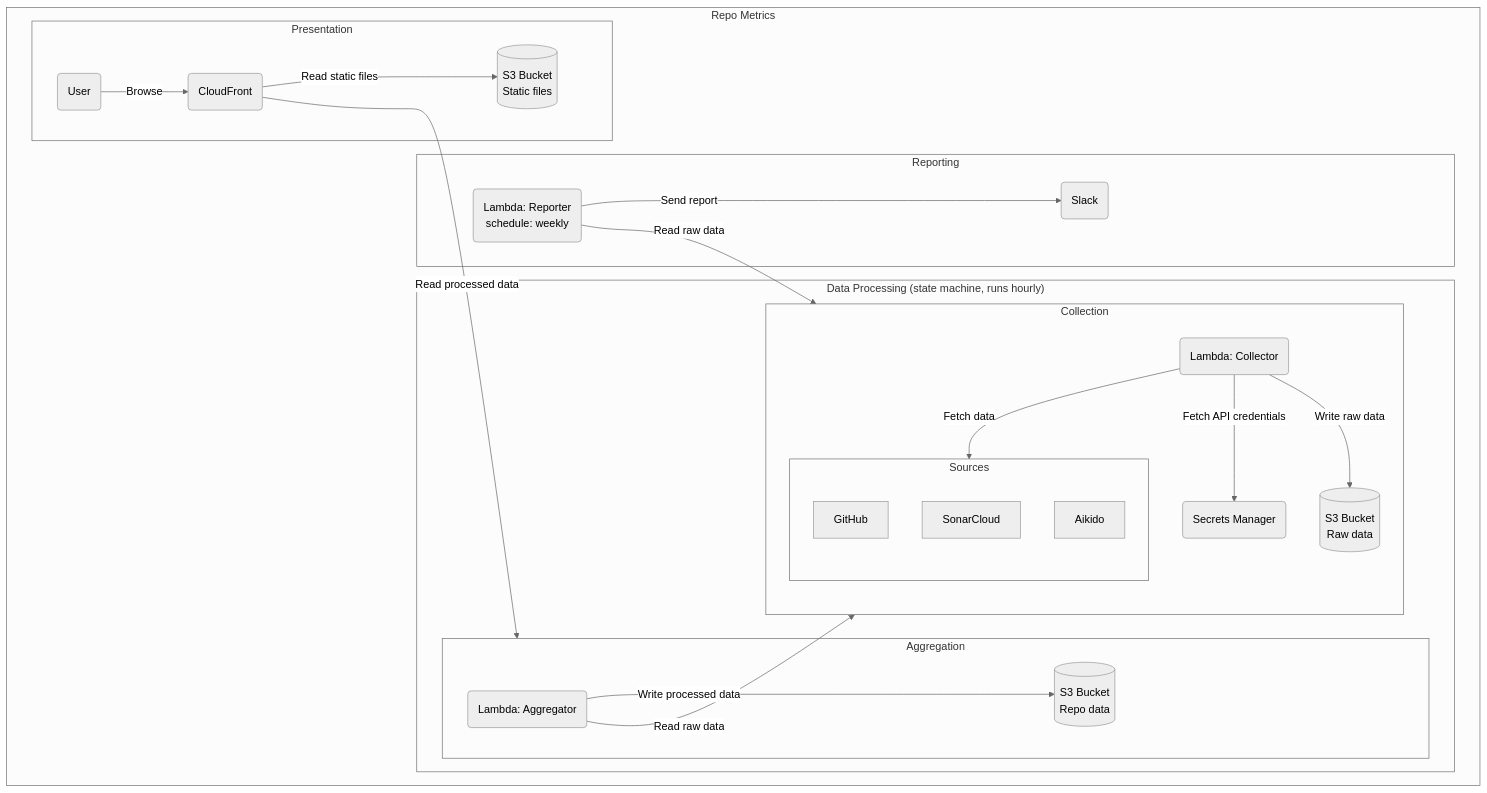
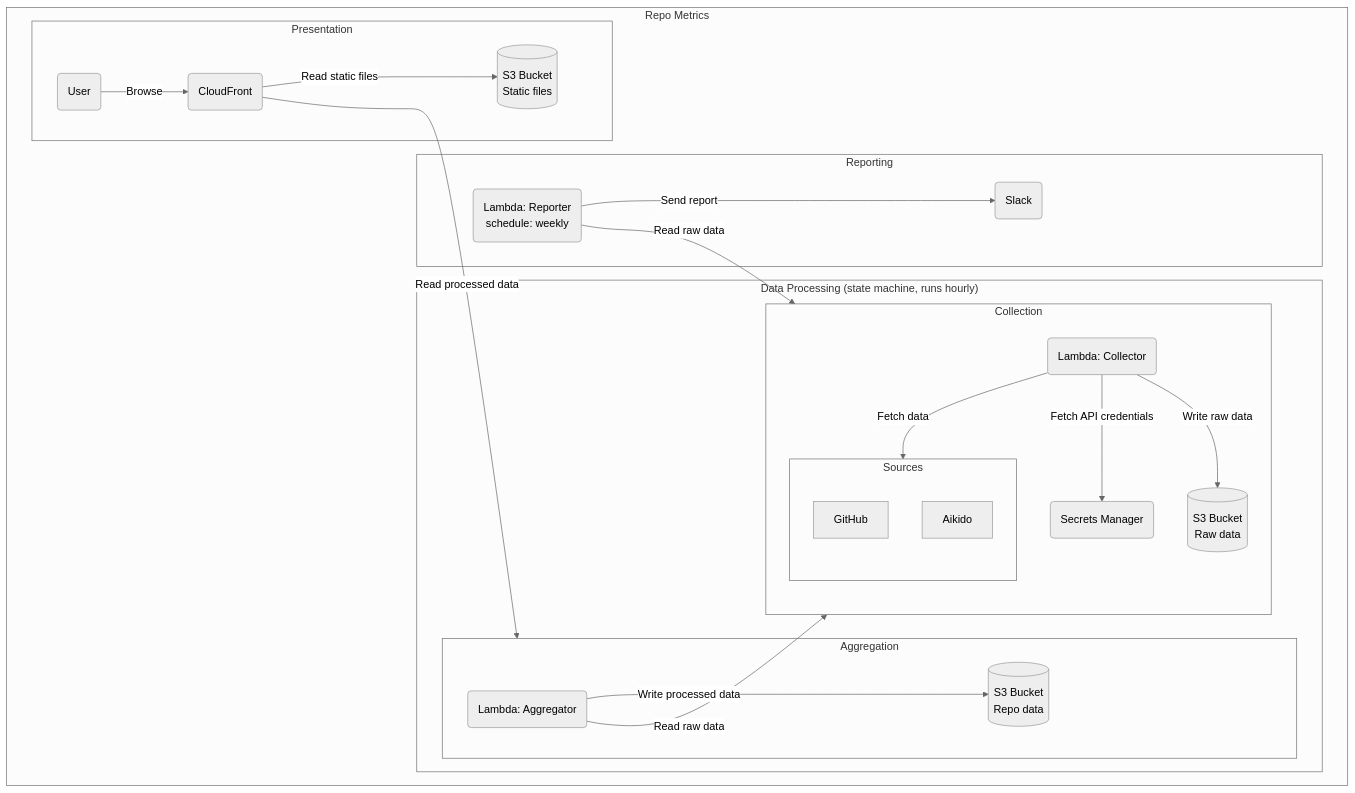
Before and after one commit to capralifecycle/liflig-repo-metrics: the diagram in README.md, drawn with Mermaid. The commit also changed other lines of this file and 16 other files, not shown here.

First line of the commit message:
refactor: remove SonarCloud integration

````diff
--- a/README.md
+++ b/README.md
@@ -19,48 +19,47 @@
 ```mermaid
 %%{init: {'theme':'neutral'}}%%
 graph TB
 subgraph Repo Metrics
 
   subgraph Sources
     GitHub
-    SonarCloud
     Aikido
   end
 
   subgraph "Data Processing (state machine, runs hourly)"
     subgraph Collection
       collector(Lambda: Collector)
       secrets(Secrets Manager)
       raw_data[(S3 Bucket<br/>Raw data)]
       collector -- Fetch API credentials --> secrets
       collector -- Fetch data --> Sources
       collector -- Write raw data --> raw_data
     end
 
     subgraph Aggregation
       aggregator(Lambda: Aggregator)
       processed_data[(S3 Bucket<br/>Repo data)]
       aggregator -- Write processed data --> processed_data
     end
   end
 
   subgraph Reporting
     report(Lambda: Reporter<br/>schedule: weekly)
     chat(Slack)
     report -- Send report --> chat
   end
 
   subgraph Presentation
     cf(CloudFront)
     static_files[(S3 Bucket<br/>Static files)]
     user(User)
     cf -- Read static files --> static_files
     user -- Browse --> cf
   end
 
   aggregator -- Read raw data --> Collection
   report -- Read raw data --> Collection
   cf -- Read processed data --> Aggregation
 
 end
 ```
````
